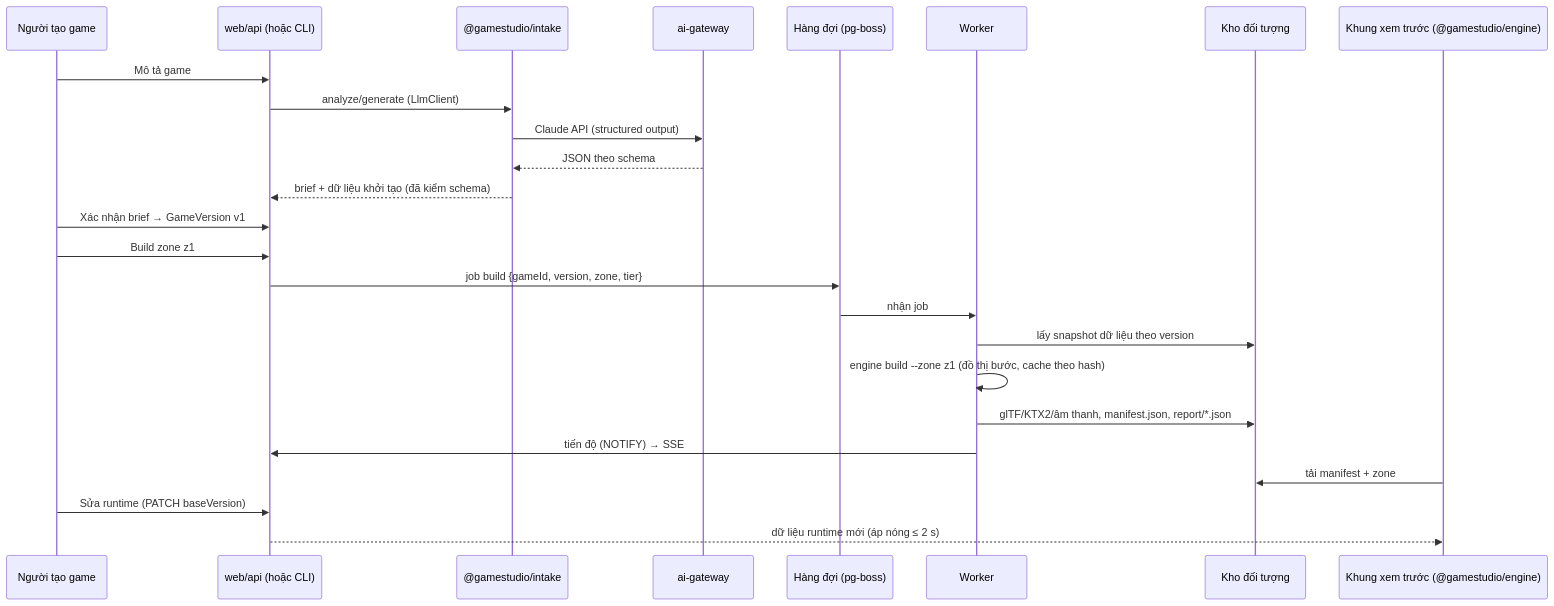
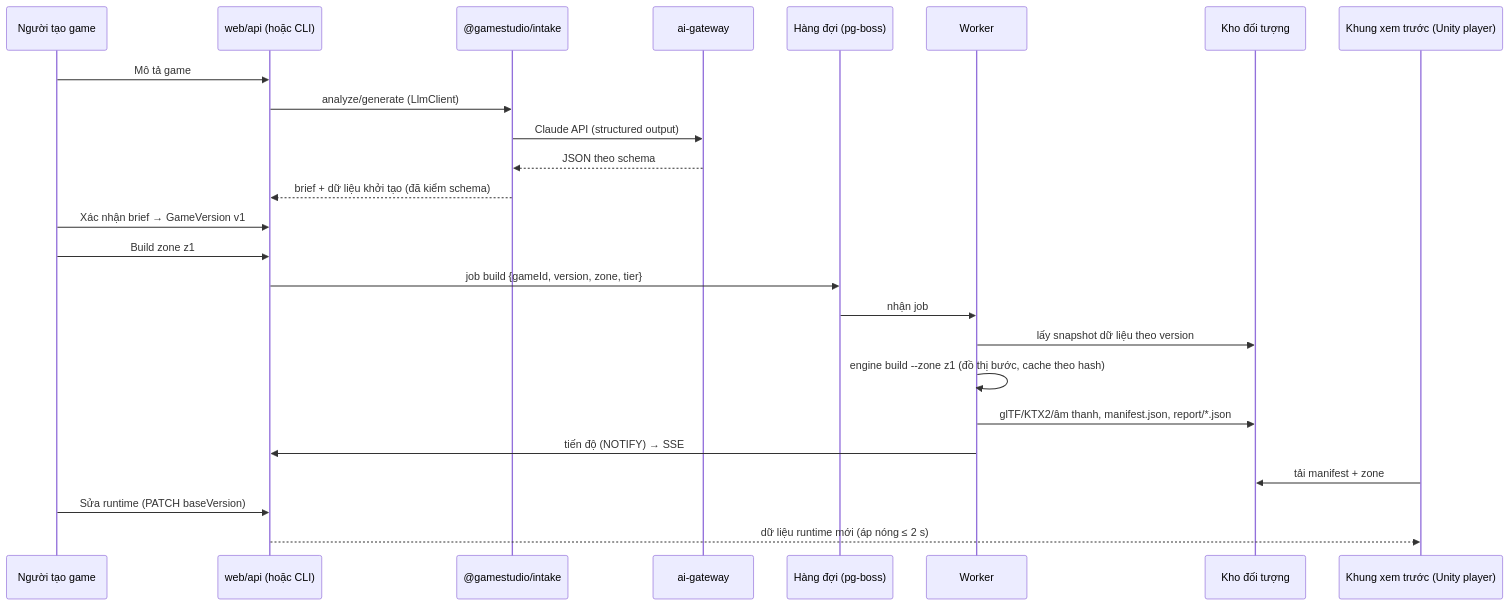
Before and after one commit to huy8462/GameStudio: the second of 4 diagrams in docs/TSD/TSD-00-TONG-QUAN.md, drawn with Mermaid. The commit also changed other lines of this file and 14 other files, not shown here.

````diff
--- a/docs/TSD/TSD-00-TONG-QUAN.md
+++ b/docs/TSD/TSD-00-TONG-QUAN.md
@@ -128,27 +128,27 @@
 ```mermaid
 sequenceDiagram
     participant U as Người tạo game
     participant A as web/api (hoặc CLI)
     participant I as @gamestudio/intake
     participant G as ai-gateway
     participant Q as Hàng đợi (pg-boss)
     participant W as Worker
     participant O as Kho đối tượng
-    participant P as Khung xem trước (@gamestudio/engine)
+    participant P as Khung xem trước (Unity player)
     U->>A: Mô tả game
     A->>I: analyze/generate (LlmClient)
     I->>G: Claude API (structured output)
     G-->>I: JSON theo schema
     I-->>A: brief + dữ liệu khởi tạo (đã kiểm schema)
     U->>A: Xác nhận brief → GameVersion v1
     U->>A: Build zone z1
     A->>Q: job build {gameId, version, zone, tier}
     Q->>W: nhận job
     W->>O: lấy snapshot dữ liệu theo version
     W->>W: engine build --zone z1 (đồ thị bước, cache theo hash)
     W->>O: glTF/KTX2/âm thanh, manifest.json, report/*.json
     W->>A: tiến độ (NOTIFY) → SSE
     P->>O: tải manifest + zone
     U->>A: Sửa runtime (PATCH baseVersion)
     A-->>P: dữ liệu runtime mới (áp nóng ≤ 2 s)
 ```
````
